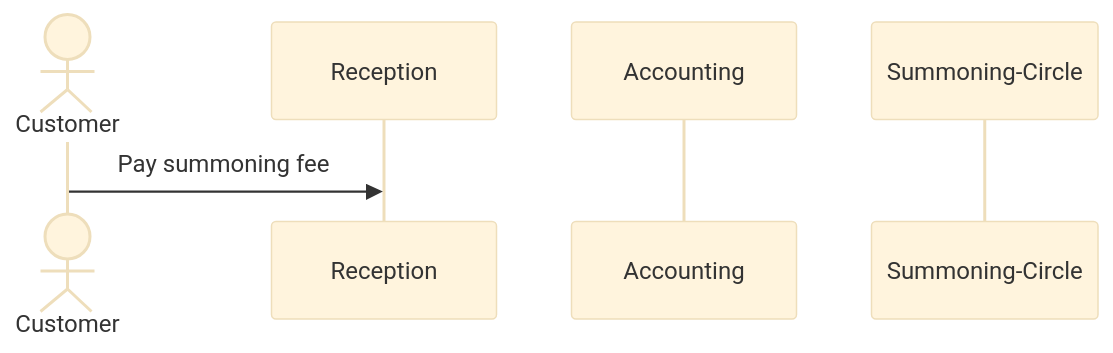
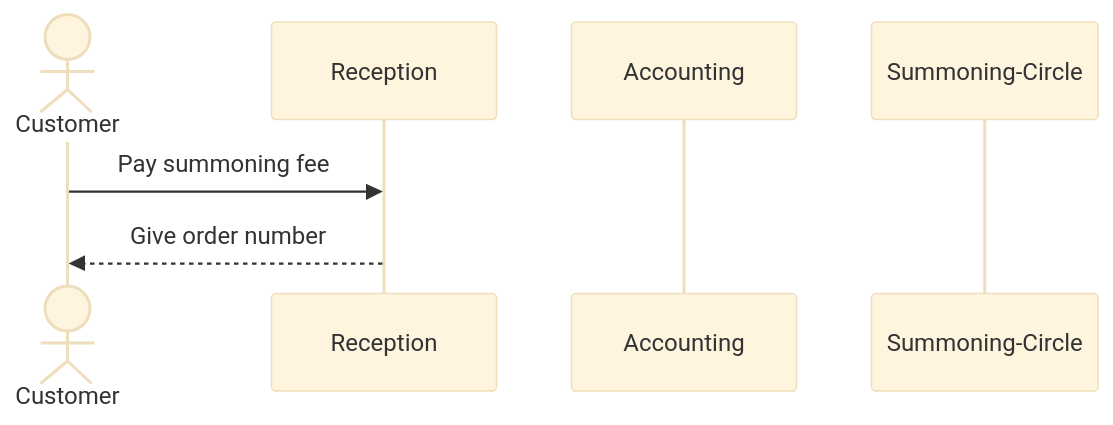
The diagram in README.md (ojtanner/bartholomews-impery), drawn with Mermaid (base theme) before and after one commit.

````diff
--- a/README.md
+++ b/README.md
@@ -26,9 +26,10 @@
 ```mermaid
 sequenceDiagram
     actor C as Customer
     participant R as Reception
     participant A as Accounting
     participant S as Summoning-Circle
     C->>R: Pay summoning fee
+    R-->>C: Give order number
     
 ```
````
